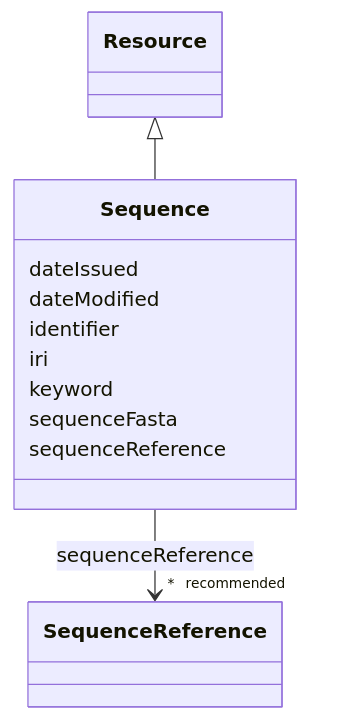
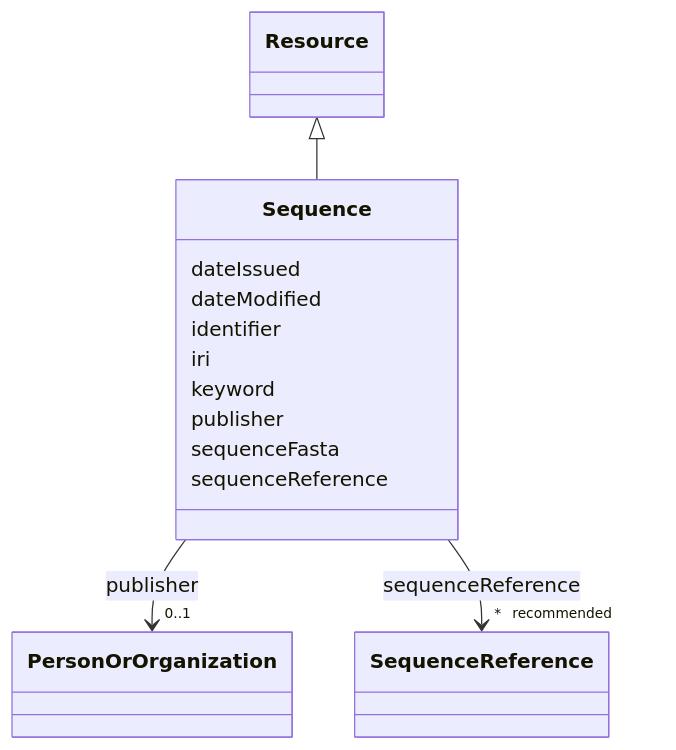
Before and after one commit to EVORA-project/evora-ontology: the diagram in models/docs/Sequence.md, drawn with Mermaid. The commit also changed other lines of this file and 468 other files, not shown here.

````diff
--- a/models/docs/Sequence.md
+++ b/models/docs/Sequence.md
@@ -19,30 +19,39 @@
 ```mermaid
  classDiagram
     class Sequence
     click Sequence href "../Sequence"
       Resource <|-- Sequence
         click Resource href "../Resource"
       
       Sequence : dateIssued
         
       Sequence : dateModified
         
       Sequence : identifier
         
       Sequence : iri
         
       Sequence : keyword
         
+      Sequence : publisher
+        
+          
+    
+    
+    Sequence --> "0..1" PersonOrOrganization : publisher
+    click PersonOrOrganization href "../PersonOrOrganization"
+
+        
       Sequence : sequenceFasta
         
       Sequence : sequenceReference
         
           
     
     
     Sequence --> "* _recommended_" SequenceReference : sequenceReference
     click SequenceReference href "../SequenceReference"
 
         
       
 ```
````
